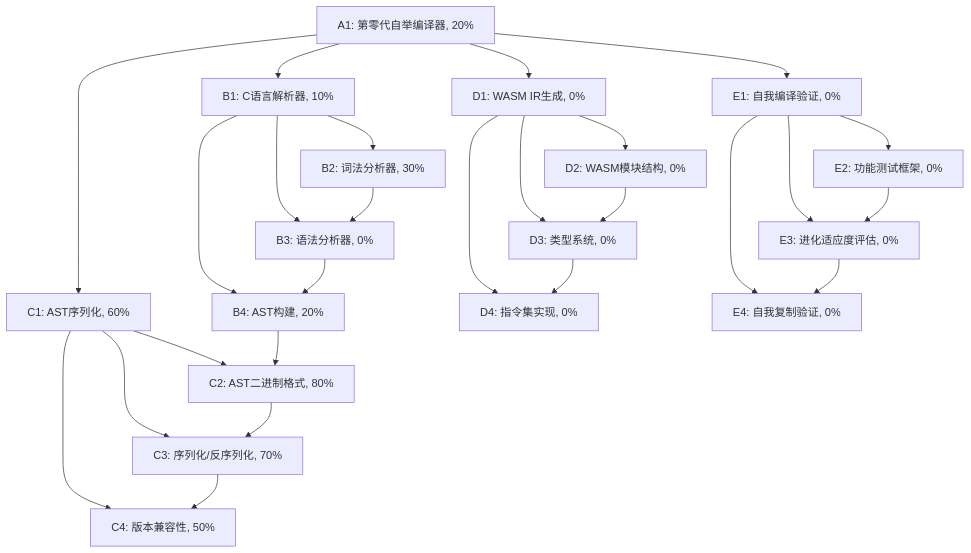
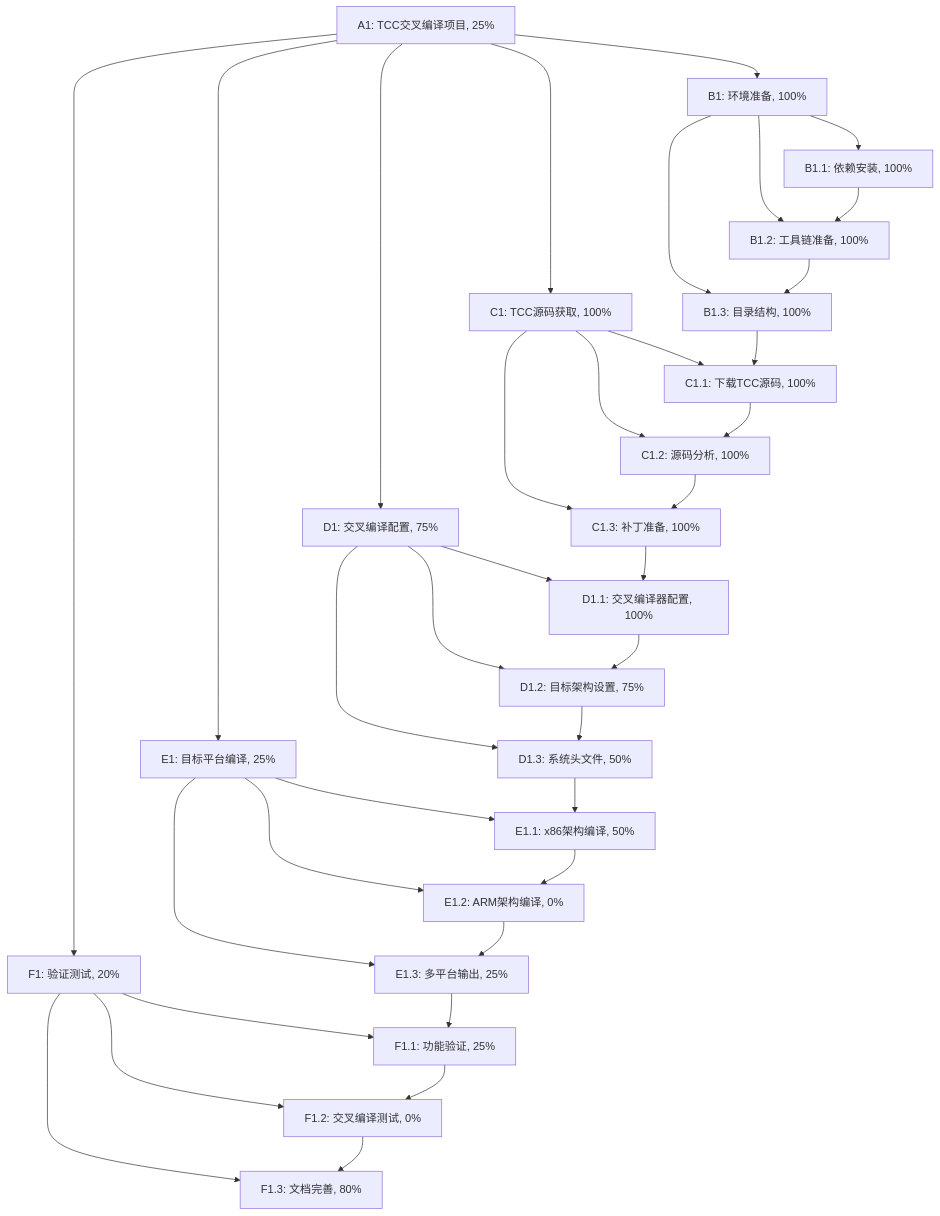
Before and after one commit to wanjochan/self-evolve-ai: the diagram in aitasker.md, drawn with Mermaid. The commit also changed other lines of this file and 2190 other files, not shown here.

````diff
--- a/aitasker.md
+++ b/aitasker.md
@@ -9,33 +15,43 @@
 ```mermaid
 graph TD
-    A[A1: 第零代自举编译器, 20%] --> B[B1: C语言解析器, 10%]
-    A --> C[C1: AST序列化, 60%]
-    A --> D[D1: WASM IR生成, 0%]
-    A --> E[E1: 自我编译验证, 0%]
+    A[A1: TCC交叉编译项目, 25%] --> B[B1: 环境准备, 100%]
+    A --> C[C1: TCC源码获取, 100%]
+    A --> D[D1: 交叉编译配置, 75%]
+    A --> E[E1: 目标平台编译, 25%]
+    A --> F[F1: 验证测试, 20%]
     
-    B --> B2[B2: 词法分析器, 30%]
-    B --> B3[B3: 语法分析器, 0%]
-    B --> B4[B4: AST构建, 20%]
+    B --> B1[B1.1: 依赖安装, 100%]
+    B --> B2[B1.2: 工具链准备, 100%]
+    B --> B3[B1.3: 目录结构, 100%]
     
-    C --> C2[C2: AST二进制格式, 80%]
-    C --> C3[C3: 序列化/反序列化, 70%]
-    C --> C4[C4: 版本兼容性, 50%]
+    C --> C1[C1.1: 下载TCC源码, 100%]
+    C --> C2[C1.2: 源码分析, 100%]
+    C --> C3[C1.3: 补丁准备, 100%]
     
-    D --> D2[D2: WASM模块结构, 0%]
-    D --> D3[D3: 类型系统, 0%]
-    D --> D4[D4: 指令集实现, 0%]
+    D --> D1[D1.1: 交叉编译器配置, 100%]
+    D --> D2[D1.2: 目标架构设置, 75%]
+    D --> D3[D1.3: 系统头文件, 50%]
     
-    E --> E2[E2: 功能测试框架, 0%]
-    E --> E3[E3: 进化适应度评估, 0%]
-    E --> E4[E4: 自我复制验证, 0%]
+    E --> E1[E1.1: x86架构编译, 50%]
+    E --> E2[E1.2: ARM架构编译, 0%]
+    E --> E3[E1.3: 多平台输出, 25%]
     
+    F --> F1[F1.1: 功能验证, 25%]
+    F --> F2[F1.2: 交叉编译测试, 0%]
+    F --> F3[F1.3: 文档完善, 80%]
+    
+    B1 --> B2
     B2 --> B3
-    B3 --> B4
-    B4 --> C2
+    B3 --> C1
+    C1 --> C2
     C2 --> C3
-    C3 --> C4
+    C3 --> D1
+    D1 --> D2
     D2 --> D3
-    D3 --> D4
+    D3 --> E1
+    E1 --> E2
     E2 --> E3
-    E3 --> E4
+    E3 --> F1
+    F1 --> F2
+    F2 --> F3
 ```
````
